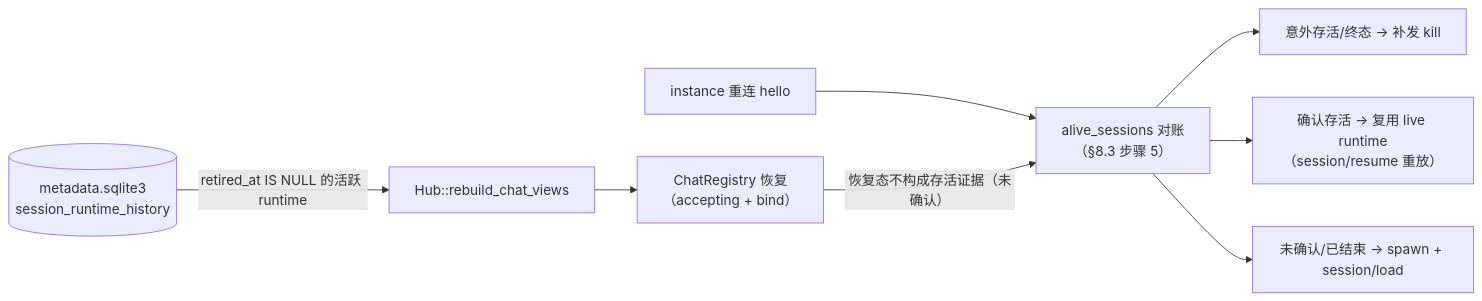
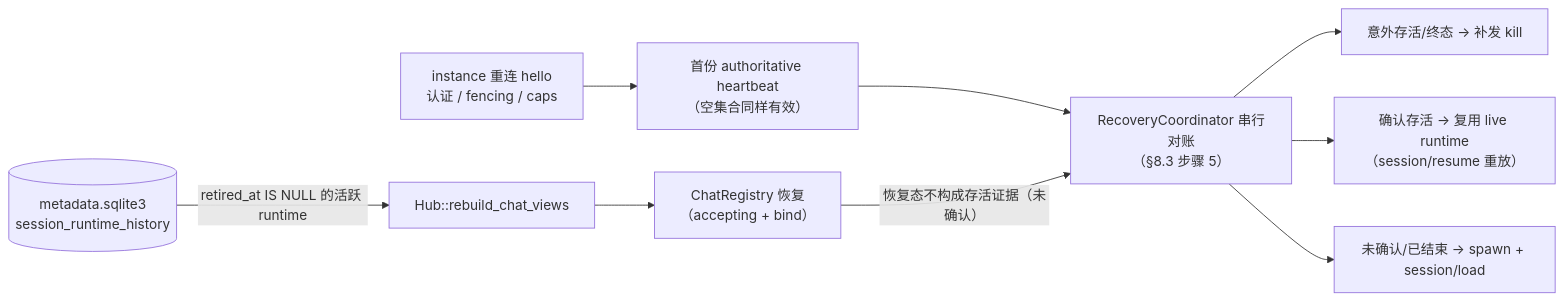
The fifth of 9 diagrams in docs/topology.md (KonghaYao/peri-studio), drawn with Mermaid before and after one commit. The commit also changed other lines of this file and 56 other files, not shown here.

````diff
--- a/docs/topology.md
+++ b/docs/topology.md
@@ -194,18 +194,19 @@
 ```mermaid
 flowchart LR
     SQL[("metadata.sqlite3<br/>session_runtime_history")]
     REBUILD["Hub::rebuild_chat_views"]
     REG["ChatRegistry 恢复<br/>（accepting + bind）"]
-    INSTANCE["instance 重连 hello"]
-    RECON["alive_sessions 对账<br/>（§8.3 步骤 5）"]
+    INSTANCE["instance 重连 hello<br/>认证 / fencing / caps"]
+    HEARTBEAT["首份 authoritative heartbeat<br/>（空集合同样有效）"]
+    RECON["RecoveryCoordinator 串行对账<br/>（§8.3 步骤 5）"]
     KILL["意外存活/终态 → 补发 kill"]
     RESUME["确认存活 → 复用 live runtime<br/>（session/resume 重放）"]
     LOAD["未确认/已结束 → spawn + session/load"]
 
     SQL -->|"retired_at IS NULL 的活跃 runtime"| REBUILD --> REG
-    INSTANCE --> RECON
+    INSTANCE --> HEARTBEAT --> RECON
     REG -->|"恢复态不构成存活证据（未确认）"| RECON
     RECON --> KILL
     RECON --> RESUME
     RECON --> LOAD
 ```
````
